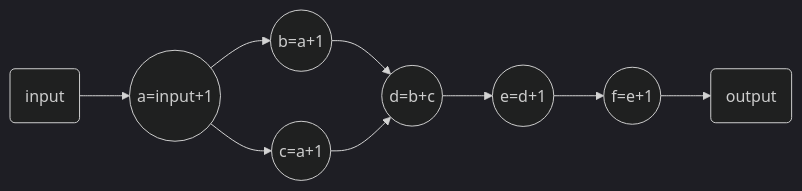
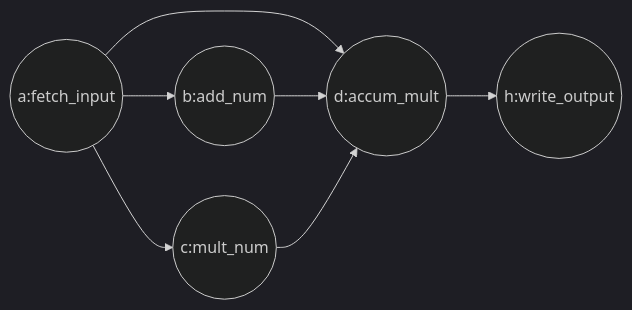
One commit to LionkingYang/taskflow changed the diagram in test/math_test/README.md. Above: the diagram before and after it, drawn with Mermaid (dark theme). The commit also changed other lines of this file and 25 other files, not shown here.

First line of the commit message:
图执行最小粒度由任务细化到算子 (#1)

````diff
--- a/test/math_test/README.md
+++ b/test/math_test/README.md
@@ -5,11 +7,9 @@
 ```mermaid
 graph LR
-    input(input) --> a((a=input+1))
-    a((a=input+1))-->b((b=a+1))
-    a((a=input+1))-->c((c=a+1))
-    b((b=a+1))-->d((d=b+c))
-    c((c=a+1))-->d((d=b+c))
-    d((d=b+c))-->e((e=d+1))
-    e((e=d+1))-->f((f=e+1))
-    f((f=e+1))-->output(output)
+   a((a:fetch_input)) --> b((b:add_num))
+a((a:fetch_input)) --> c((c:mult_num))
+a((a:fetch_input)) --> d((d:accum_mult))
+b((b:add_num)) --> d((d:accum_mult))
+c((c:mult_num)) --> d((d:accum_mult))
+d((d:accum_mult)) --> h((h:write_output))
 ```
````
